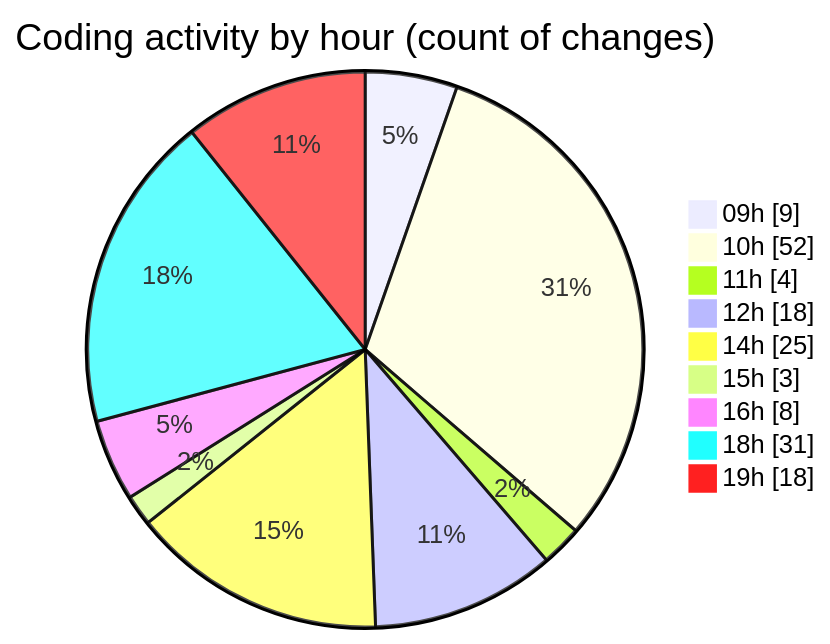
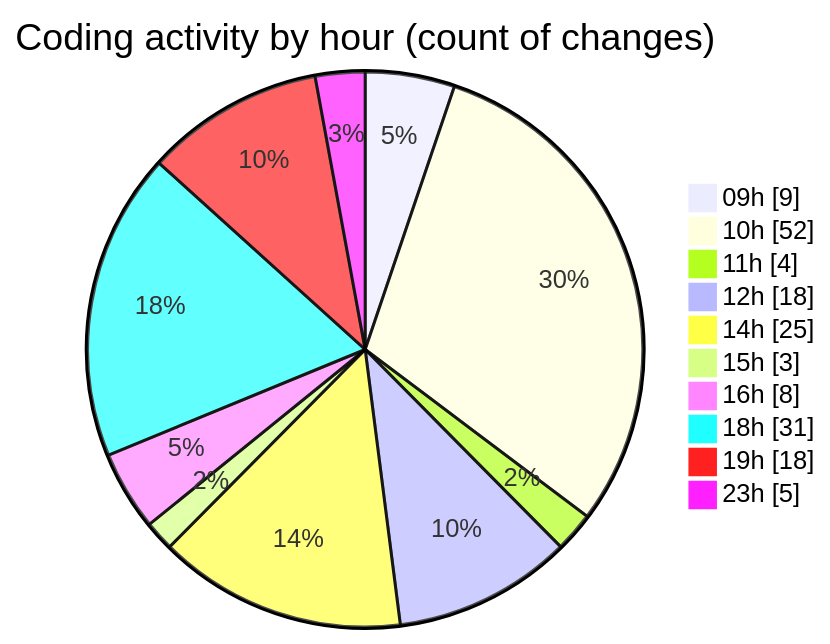
Before and after one commit to momahboobian/code-tracking: the second of 2 diagrams in 2026-09-01/cda/README.md, drawn with Mermaid. The commit also changed other lines of this file and 1 other file, not shown here.

````diff
--- a/2026-09-01/cda/README.md
+++ b/2026-09-01/cda/README.md
@@ -92,13 +93,14 @@
 ```mermaid
 pie showData
 title Coding activity by hour (count of changes)
 "09h" : 9
 "10h" : 52
 "11h" : 4
 "12h" : 18
 "14h" : 25
 "15h" : 3
 "16h" : 8
 "18h" : 31
 "19h" : 18
+"23h" : 5
 ```
````
